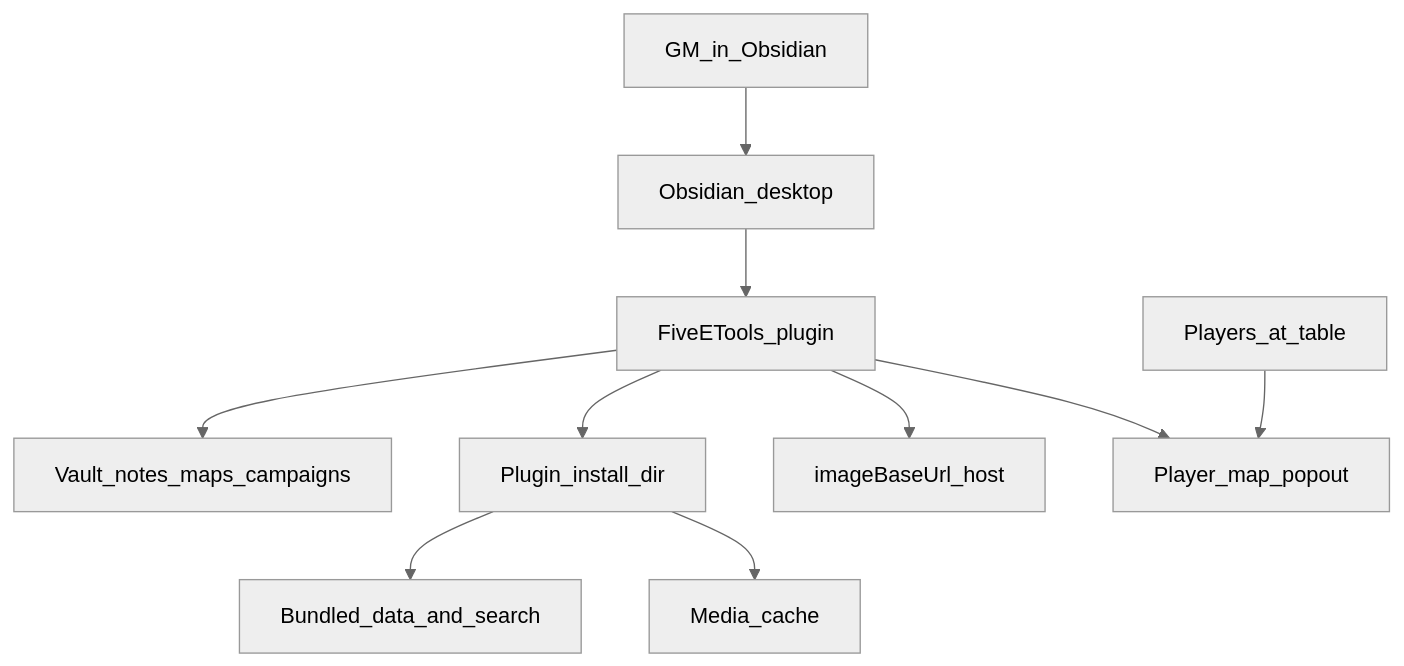
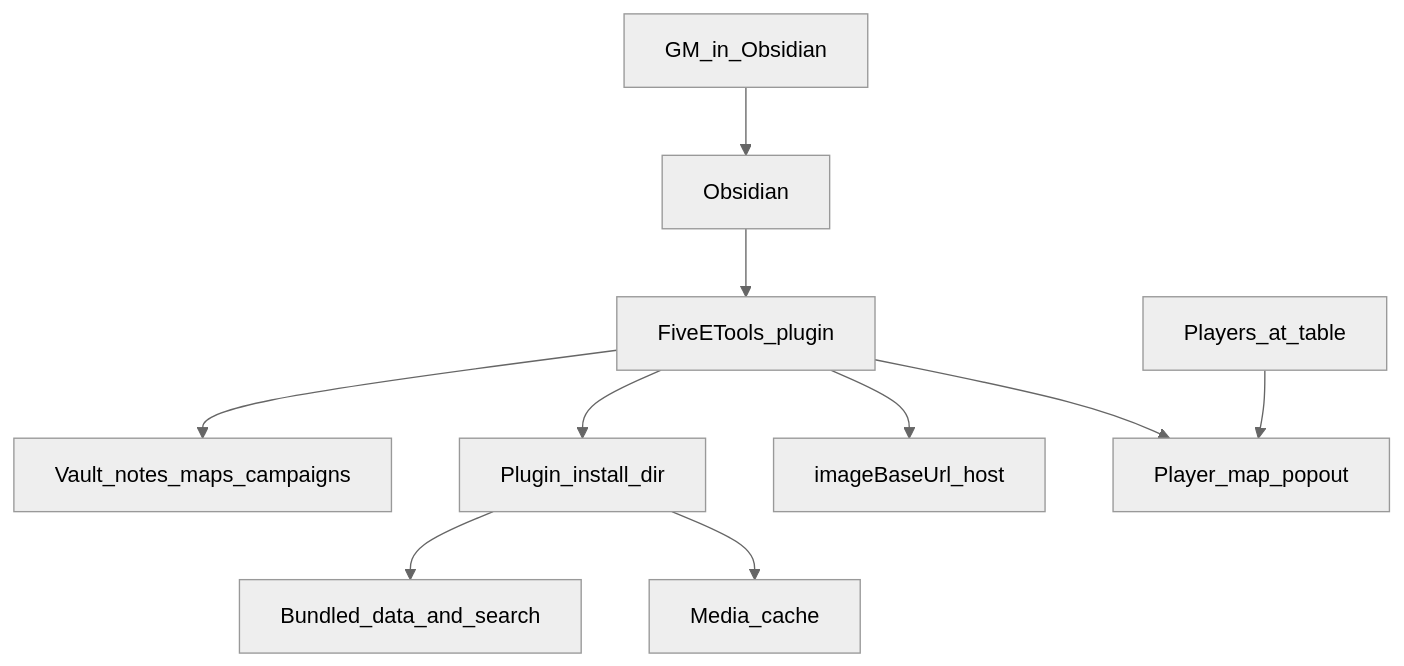
Before and after one commit to remideboer/5e-tools-obsidian: the first of 3 diagrams in docs/architecture.md, drawn with Mermaid (neutral theme). The commit also changed other lines of this file and 26 other files, not shown here.

````diff
--- a/docs/architecture.md
+++ b/docs/architecture.md
@@ -7,14 +7,14 @@
 ```mermaid
 flowchart TB
   user[GM_in_Obsidian]
   players[Players_at_table]
-  user --> obsidian[Obsidian_desktop]
+  user --> obsidian[Obsidian]
   obsidian --> plugin[FiveETools_plugin]
   plugin --> vault[Vault_notes_maps_campaigns]
   plugin --> install[Plugin_install_dir]
   install --> data[Bundled_data_and_search]
   install --> cache[Media_cache]
   plugin --> remote[imageBaseUrl_host]
   plugin --> playerWin[Player_map_popout]
   players --> playerWin
 ```
````
